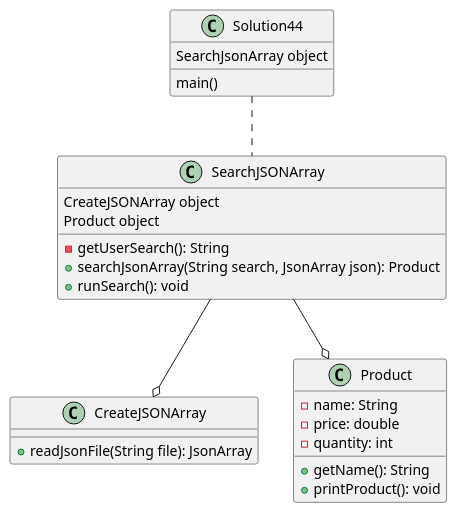
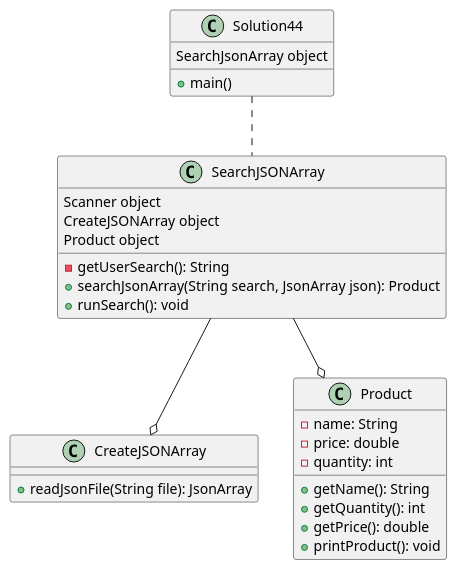
Before and after one commit to JMoore910/moore-a04: the diagram in exercise44/docs/exercise44Diagram.puml, drawn with PlantUML.

Commit message:
Exercise44 complete

```diff
--- a/exercise44/docs/exercise44Diagram.puml
+++ b/exercise44/docs/exercise44Diagram.puml
@@ -1,43 +1,45 @@
 @startuml
 
 class Solution44 {
 '/*
 '*  UCF COP3330 Fall 2021 Assignment 4 Solutions
 '*  Copyright 2021 Jeanne Moore
 '*/
 
-main()
++main()
 SearchJsonArray object
 }
 
 class CreateJSONArray {
 +readJsonFile(String file): JsonArray
 }
 
 class SearchJSONArray {
+Scanner object
 CreateJSONArray object
 Product object
 -getUserSearch(): String
 +searchJsonArray(String search, JsonArray json): Product
 +runSearch(): void
 }
 
 class Product {
 -name: String
 -price: double
 -quantity: int
 
 +getName(): String
-'other getters are not needed
++getQuantity(): int
++getPrice(): double
 +printProduct(): void
 }
 
 Solution44 .. SearchJSONArray
 
 SearchJSONArray --o CreateJSONArray
 
 SearchJSONArray --o Product
 
 
 
 @enduml
```
